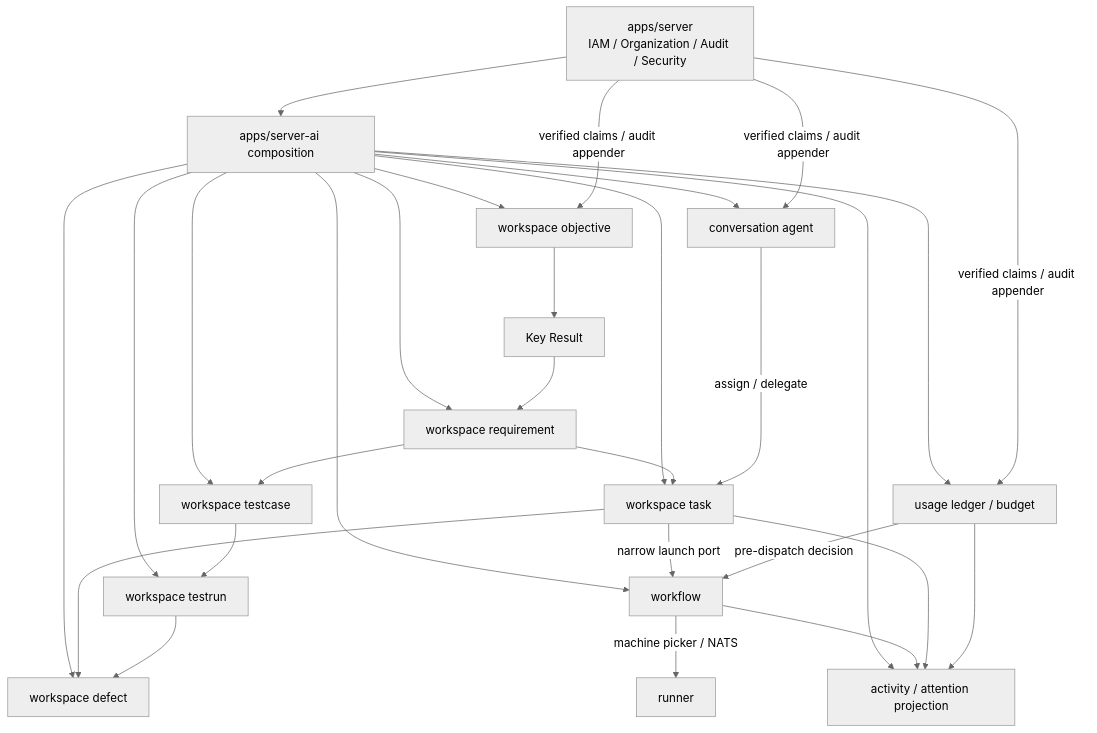
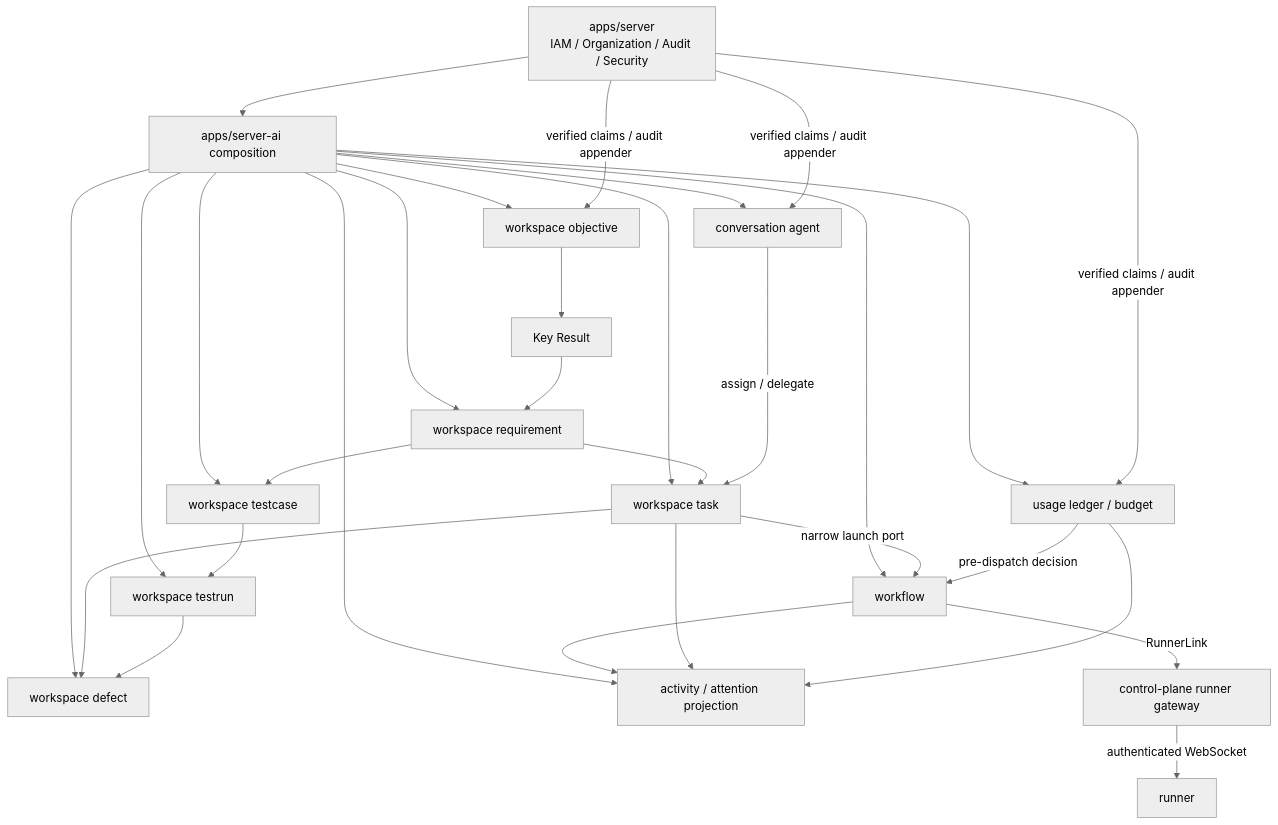
One commit to chaos-plus/chaosplus changed the second of 2 diagrams in docs/research/paperclip-feature-adoption-research.md. Above: the diagram before and after it, drawn with Mermaid (neutral theme). The commit also changed other lines of this file and 185 other files, not shown here.

````diff
--- a/docs/research/paperclip-feature-adoption-research.md
+++ b/docs/research/paperclip-feature-adoption-research.md
@@ -168,30 +180,31 @@
 ```mermaid
 flowchart TB
     IAM[apps/server<br/>IAM / Organization / Audit / Security] --> CP[apps/server-ai composition]
     CP --> OBJ[workspace objective]
     CP --> REQ[workspace requirement]
     CP --> TASK[workspace task]
     CP --> TC[workspace testcase]
     CP --> TR[workspace testrun]
     CP --> DEF[workspace defect]
     CP --> AGENT[conversation agent]
     CP --> WF[workflow]
     CP --> COST[usage ledger / budget]
     CP --> ATT[activity / attention projection]
     OBJ --> KR[Key Result]
     KR --> REQ
     REQ --> TASK
     REQ --> TC --> TR
     TASK --> DEF
     TR --> DEF
     AGENT -->|assign / delegate| TASK
     TASK -->|narrow launch port| WF
     COST -->|pre-dispatch decision| WF
-    WF -->|machine picker / NATS| RUNNER[runner]
+    WF -->|RunnerLink| RG[control-plane runner gateway]
+    RG -->|authenticated WebSocket| RUNNER[runner]
     WF --> ATT
     TASK --> ATT
     COST --> ATT
     IAM -->|verified claims / audit appender| OBJ
     IAM -->|verified claims / audit appender| AGENT
     IAM -->|verified claims / audit appender| COST
 ```
````
